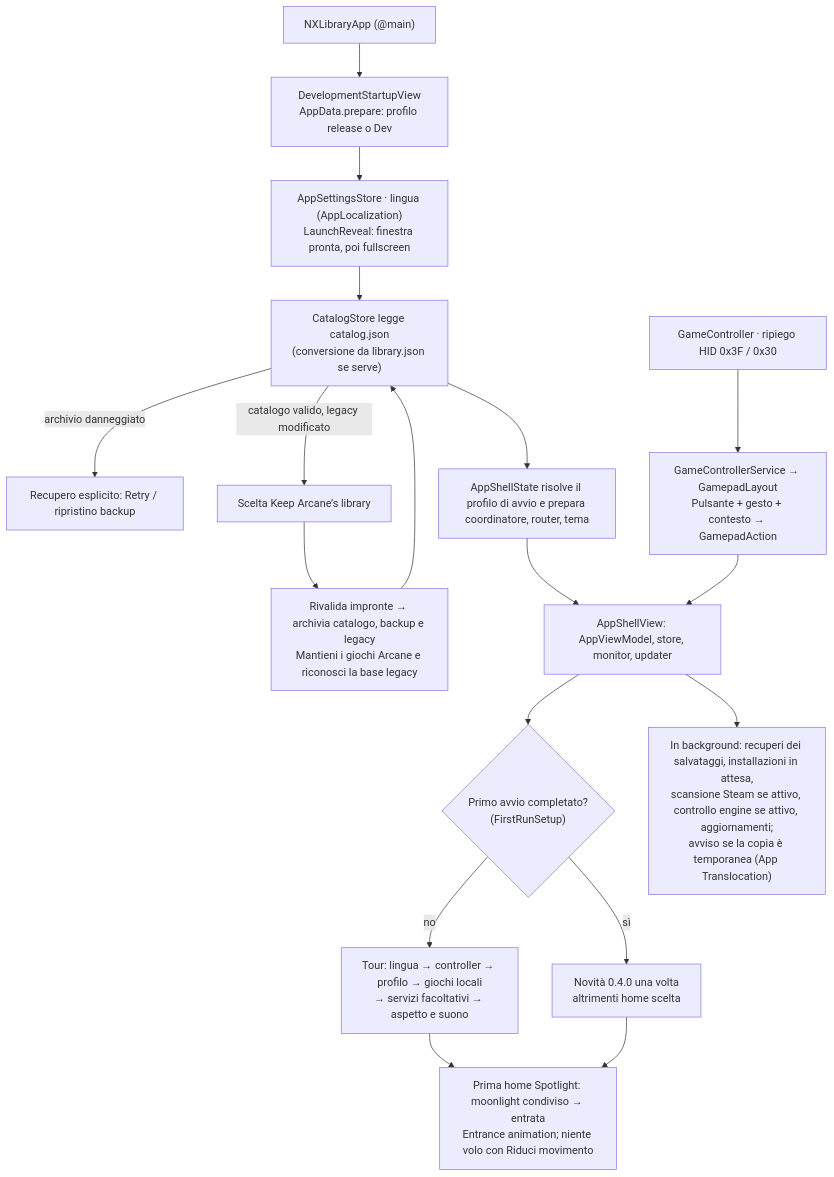
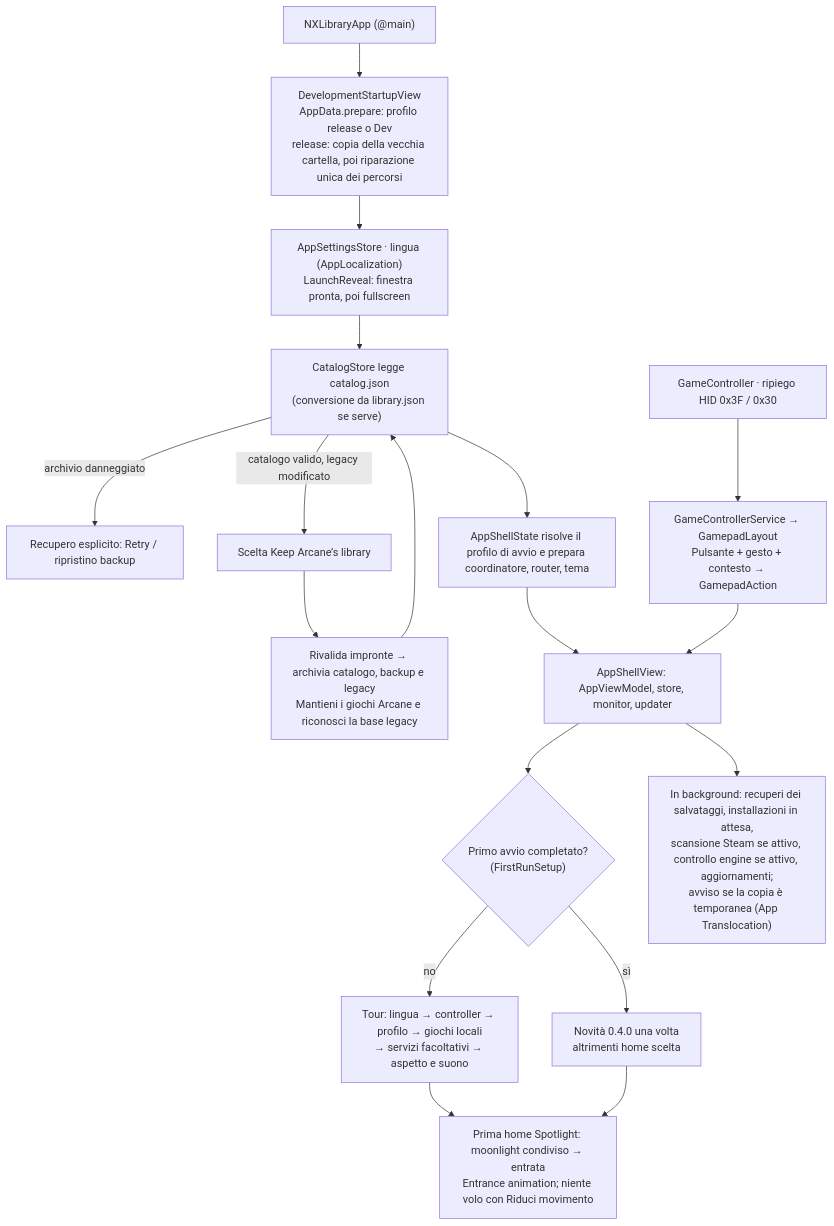
Before and after one commit to sofianbll/oort-nx: the first of 9 diagrams in docs/how-it-works/flows.md, drawn with Mermaid. The commit also changed other lines of this file and 12 other files, not shown here.

````diff
--- a/docs/how-it-works/flows.md
+++ b/docs/how-it-works/flows.md
@@ -18,20 +18,20 @@
 ```mermaid
 flowchart TD
-    A["NXLibraryApp (@main)"] --> B["DevelopmentStartupView<br/>AppData.prepare: profilo release o Dev"]
+    A["NXLibraryApp (@main)"] --> B["DevelopmentStartupView<br/>AppData.prepare: profilo release o Dev<br/>release: copia della vecchia cartella, poi riparazione unica dei percorsi"]
     B --> C["AppSettingsStore · lingua (AppLocalization)<br/>LaunchReveal: finestra pronta, poi fullscreen"]
     C --> D["CatalogStore legge catalog.json<br/>(conversione da library.json se serve)"]
     D -->|"archivio danneggiato"| R["Recupero esplicito: Retry / ripristino backup"]
     D -->|"catalogo valido, legacy modificato"| L["Scelta Keep Arcane’s library"]
     L --> LA["Rivalida impronte → archivia catalogo, backup e legacy<br/>Mantieni i giochi Arcane e riconosci la base legacy"]
     LA --> D
     D --> E["AppShellState risolve il profilo di avvio e prepara coordinatore, router, tema"]
     E --> F["AppShellView: AppViewModel, store, monitor, updater"]
     F --> G{"Primo avvio completato?<br/>(FirstRunSetup)"}
     G -->|"no"| H["Tour: lingua → controller → profilo → giochi locali<br/>→ servizi facoltativi → aspetto e suono"]
     G -->|"sì"| I["Novità 0.4.0 una volta<br/>altrimenti home scelta"]
     H --> K["Prima home Spotlight: moonlight condiviso → entrata<br/>Entrance animation; niente volo con Riduci movimento"]
     I --> K
     F --> J["In background: recuperi dei salvataggi, installazioni in attesa,<br/>scansione Steam se attivo, controllo engine se attivo, aggiornamenti;<br/>avviso se la copia è temporanea (App Translocation)"]
     P["GameController · ripiego HID 0x3F / 0x30"] --> Q["GameControllerService → GamepadLayout<br/>Pulsante + gesto + contesto → GamepadAction"]
     Q --> F
 ```
````
